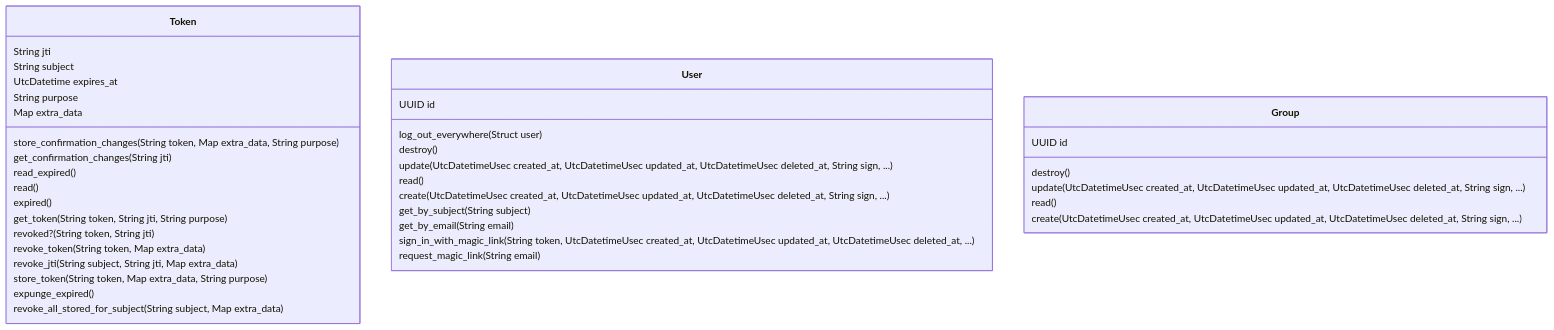
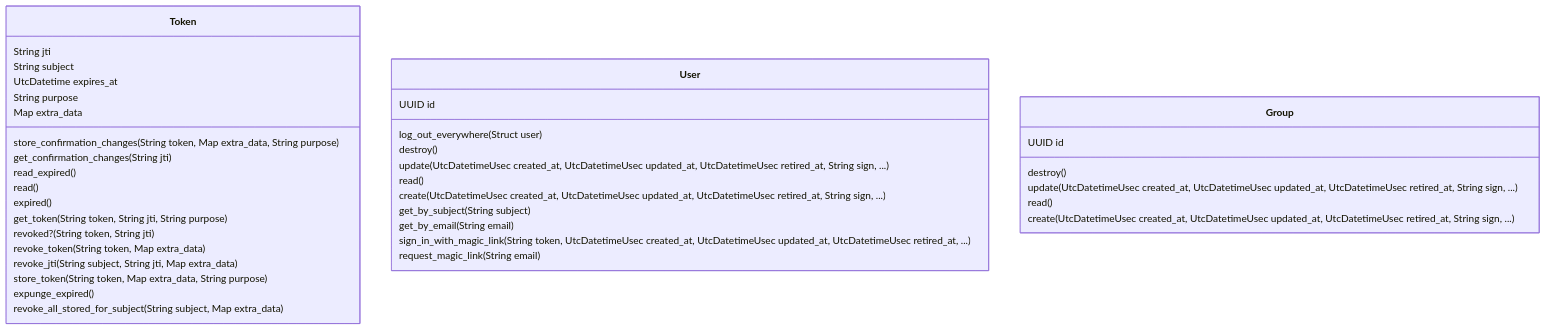
One commit to joelparkerhenderson/navatrack changed the diagram in lib/navatrack/accounts-mermaid-class-diagram.mmd. Above: the diagram before and after it, drawn with Mermaid. The commit also changed 171 other files, not shown here.

```diff
--- a/lib/navatrack/accounts-mermaid-class-diagram.mmd
+++ b/lib/navatrack/accounts-mermaid-class-diagram.mmd
@@ -1,39 +1,39 @@
 classDiagram
     class Token {
         String jti
         String subject
         UtcDatetime expires_at
         String purpose
         Map extra_data
         store_confirmation_changes(String token, Map extra_data, String purpose)
         get_confirmation_changes(String jti)
         read_expired()
         read()
         expired()
         get_token(String token, String jti, String purpose)
         revoked?(String token, String jti)
         revoke_token(String token, Map extra_data)
         revoke_jti(String subject, String jti, Map extra_data)
         store_token(String token, Map extra_data, String purpose)
         expunge_expired()
         revoke_all_stored_for_subject(String subject, Map extra_data)
     }
     class User {
         UUID id
         log_out_everywhere(Struct user)
         destroy()
-        update(UtcDatetimeUsec created_at, UtcDatetimeUsec updated_at, UtcDatetimeUsec deleted_at, String sign, ...)
+        update(UtcDatetimeUsec created_at, UtcDatetimeUsec updated_at, UtcDatetimeUsec retired_at, String sign, ...)
         read()
-        create(UtcDatetimeUsec created_at, UtcDatetimeUsec updated_at, UtcDatetimeUsec deleted_at, String sign, ...)
+        create(UtcDatetimeUsec created_at, UtcDatetimeUsec updated_at, UtcDatetimeUsec retired_at, String sign, ...)
         get_by_subject(String subject)
         get_by_email(String email)
-        sign_in_with_magic_link(String token, UtcDatetimeUsec created_at, UtcDatetimeUsec updated_at, UtcDatetimeUsec deleted_at, ...)
+        sign_in_with_magic_link(String token, UtcDatetimeUsec created_at, UtcDatetimeUsec updated_at, UtcDatetimeUsec retired_at, ...)
         request_magic_link(String email)
     }
     class Group {
         UUID id
         destroy()
-        update(UtcDatetimeUsec created_at, UtcDatetimeUsec updated_at, UtcDatetimeUsec deleted_at, String sign, ...)
+        update(UtcDatetimeUsec created_at, UtcDatetimeUsec updated_at, UtcDatetimeUsec retired_at, String sign, ...)
         read()
-        create(UtcDatetimeUsec created_at, UtcDatetimeUsec updated_at, UtcDatetimeUsec deleted_at, String sign, ...)
+        create(UtcDatetimeUsec created_at, UtcDatetimeUsec updated_at, UtcDatetimeUsec retired_at, String sign, ...)
     }
```
